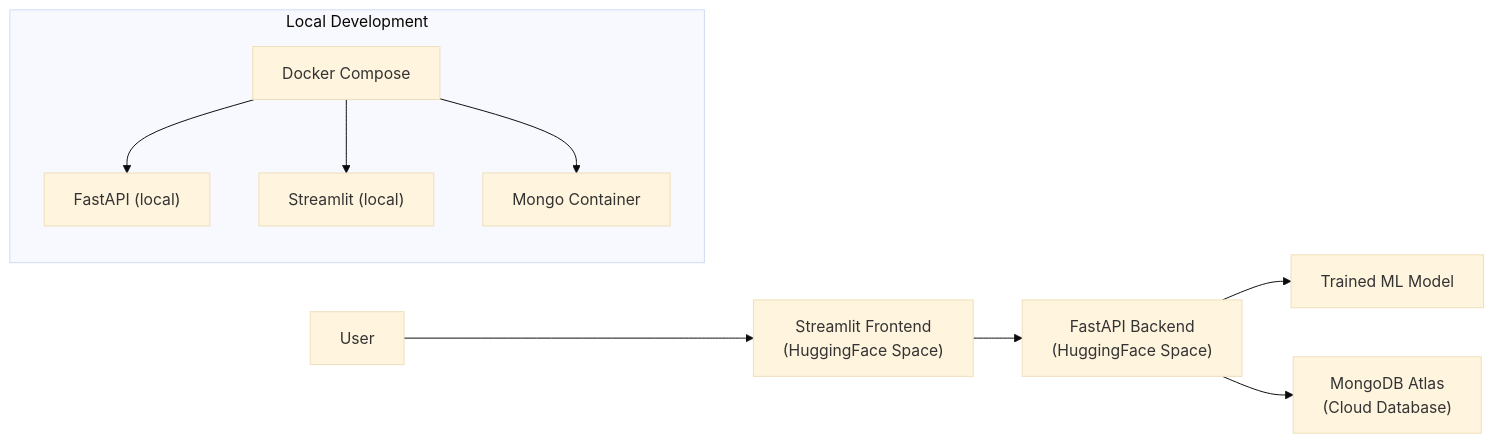
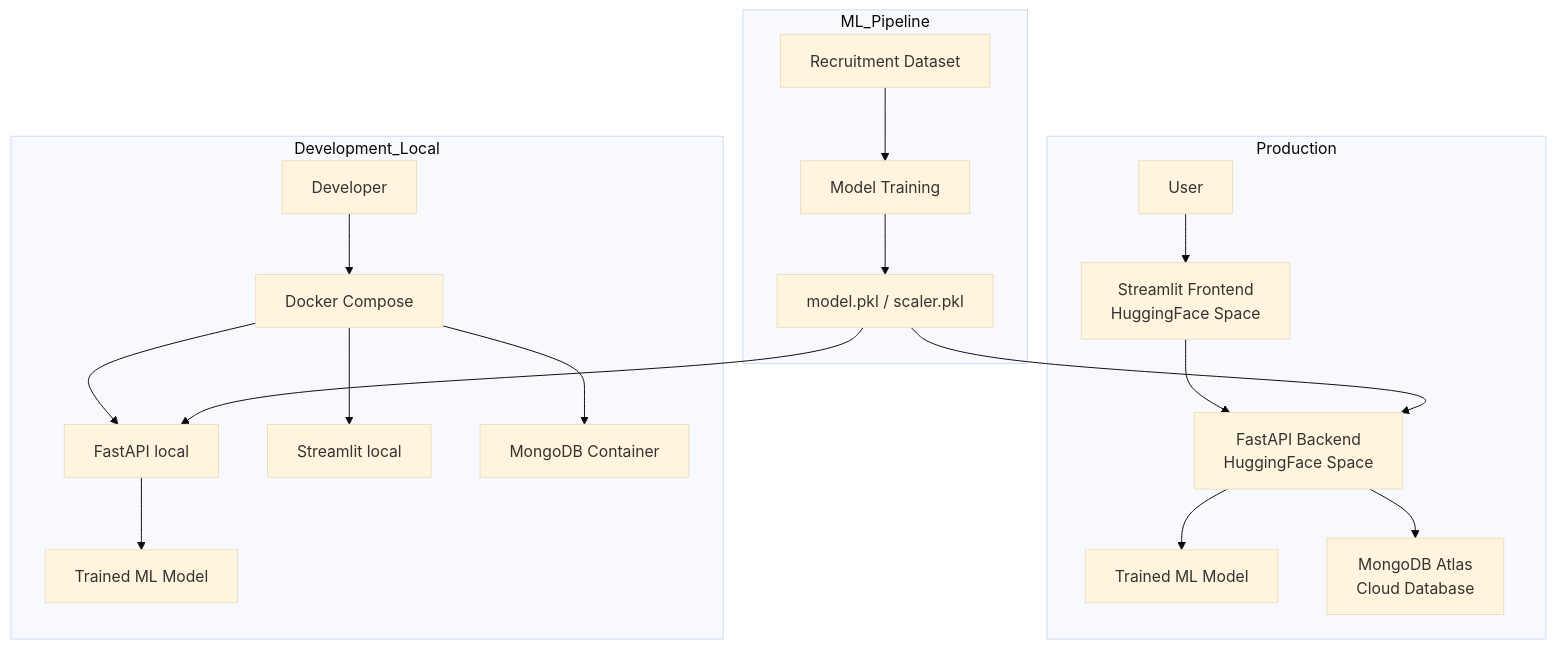
Before and after one commit to rsquaredata/mlops-hiring: the diagram in README.md, drawn with Mermaid (base theme). The commit also changed other lines of this file, not shown here.

````diff
--- a/README.md
+++ b/README.md
@@ -28,19 +28,37 @@
 ```mermaid
-flowchart LR
+flowchart TB
 
-User["User"] --> Frontend["Streamlit Frontend<br>(HuggingFace Space)"]
-Frontend --> Backend["FastAPI Backend<br>(HuggingFace Space)"]
-Backend --> Model["Trained ML Model"]
-Backend --> Mongo["MongoDB Atlas<br>(Cloud Database)"]
+%% =========================
+%% PRODUCTION
+%% =========================
 
-subgraph Local Development
-    Compose["Docker Compose"]
-    Server["FastAPI (local)"]
-    Client["Streamlit (local)"]
-    LocalMongo["Mongo Container"]
+subgraph Production
+    User["User"] --> FrontendHF["Streamlit Frontend<br>HuggingFace Space"]
+    FrontendHF --> BackendHF["FastAPI Backend<br>HuggingFace Space"]
+    BackendHF --> ModelHF["Trained ML Model"]
+    BackendHF --> MongoAtlas["MongoDB Atlas<br>Cloud Database"]
 end
 
-Compose --> Server
-Compose --> Client
-Compose --> LocalMongo
+%% =========================
+%% DEVELOPMENT
+%% =========================
+
+subgraph Development_Local
+    DevUser["Developer"] --> DockerCompose["Docker Compose"]
+    DockerCompose --> BackendLocal["FastAPI local"]
+    DockerCompose --> FrontendLocal["Streamlit local"]
+    DockerCompose --> MongoLocal["MongoDB Container"]
+    BackendLocal --> ModelLocal["Trained ML Model"]
+end
+
+%% =========================
+%% TRAINING
+%% =========================
+
+subgraph ML_Pipeline
+    Dataset["Recruitment Dataset"] --> Training["Model Training"]
+    Training --> ModelArtifact["model.pkl / scaler.pkl"]
+    ModelArtifact --> BackendLocal
+    ModelArtifact --> BackendHF
+end
 ```
````
